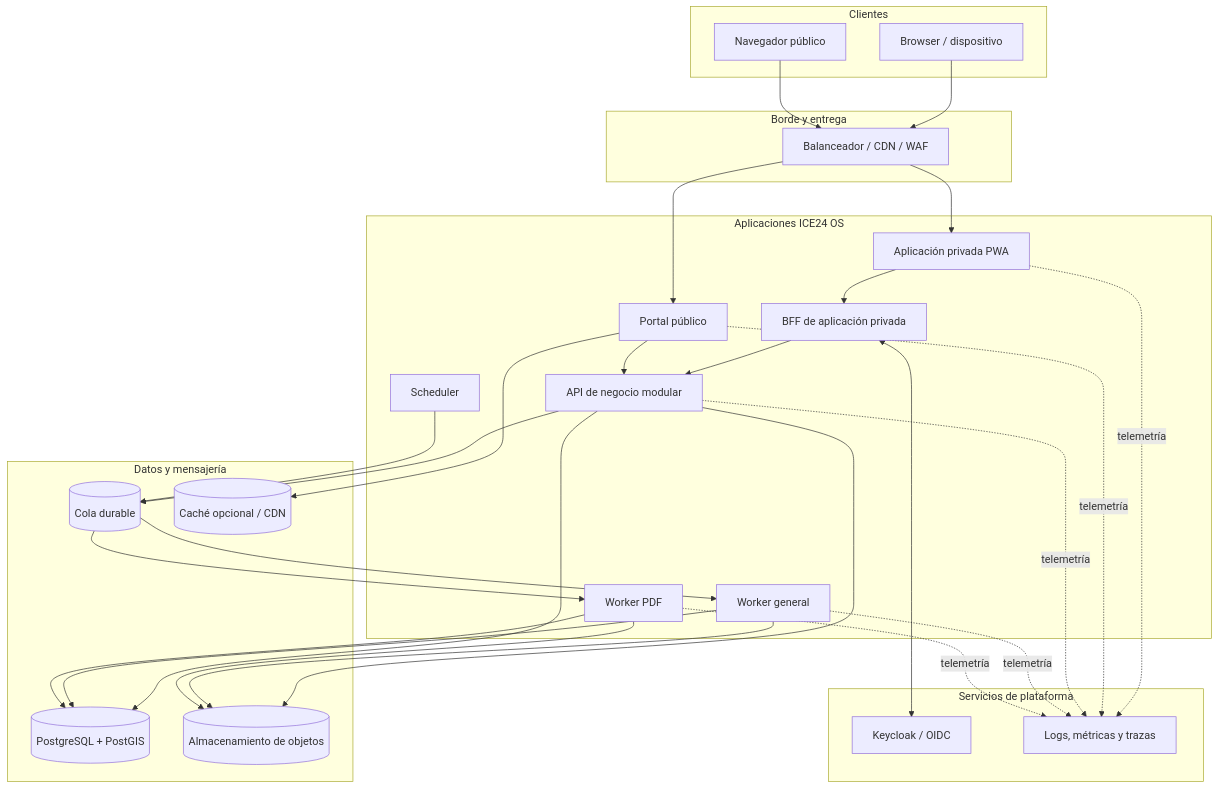
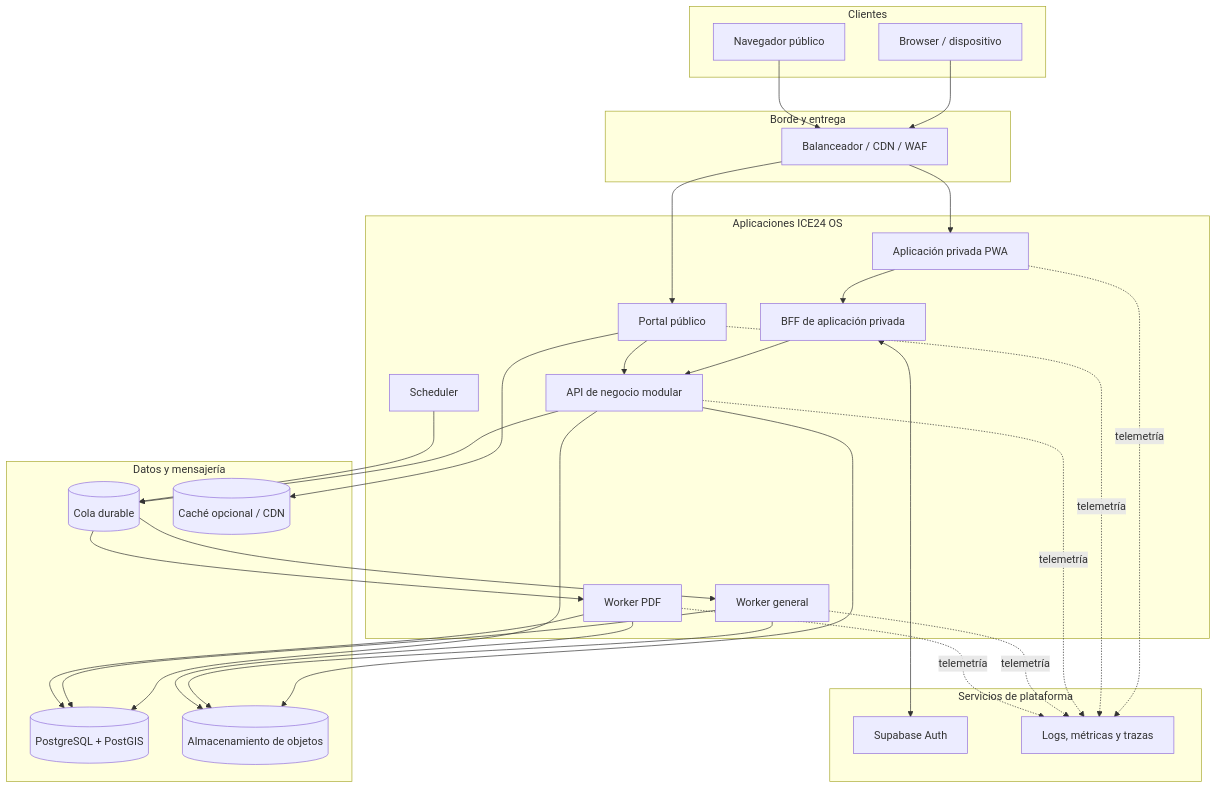
Before and after one commit to ice24vending/ICE24OS: the second of 13 diagrams in context/Architecture.md, drawn with Mermaid. The commit also changed other lines of this file and 154 other files, not shown here.

````diff
--- a/context/Architecture.md
+++ b/context/Architecture.md
@@ -174,60 +174,60 @@
 ```mermaid
 flowchart TB
     subgraph Clients[Clientes]
         Browser[Browser / dispositivo]
         PublicBrowser[Navegador público]
     end
 
     subgraph Edge[Borde y entrega]
         LB[Balanceador / CDN / WAF]
     end
 
     subgraph Apps[Aplicaciones ICE24 OS]
         PrivateWeb[Aplicación privada PWA]
         PublicPortal[Portal público]
         BFF[BFF de aplicación privada]
         API[API de negocio modular]
         Worker[Worker general]
         PDFWorker[Worker PDF]
         Scheduler[Scheduler]
     end
 
     subgraph Data[Datos y mensajería]
         DB[(PostgreSQL + PostGIS)]
         Queue[(Cola durable)]
         Storage[(Almacenamiento de objetos)]
         Cache[(Caché opcional / CDN)]
     end
 
     subgraph Platform[Servicios de plataforma]
-        IdP[Keycloak / OIDC]
+        IdP[Supabase Auth]
         Observability[Logs, métricas y trazas]
     end
 
     Browser --> LB
     PublicBrowser --> LB
     LB --> PrivateWeb
     LB --> PublicPortal
     PrivateWeb --> BFF
     BFF <--> IdP
     BFF --> API
     PublicPortal --> API
 
     API --> DB
     API --> Storage
     API --> Queue
     Scheduler --> Queue
     Queue --> Worker
     Queue --> PDFWorker
     Worker --> DB
     Worker --> Storage
     PDFWorker --> DB
     PDFWorker --> Storage
     PublicPortal --> Cache
 
     PrivateWeb -. telemetría .-> Observability
     PublicPortal -. telemetría .-> Observability
     API -. telemetría .-> Observability
     Worker -. telemetría .-> Observability
     PDFWorker -. telemetría .-> Observability
 ```
````
